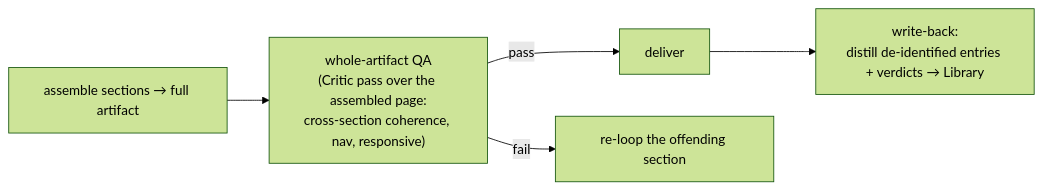
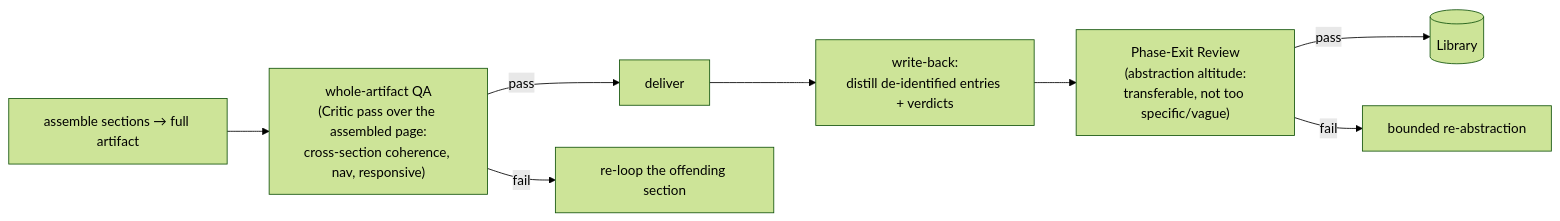
The fifth of 6 diagrams in autonomous-design-engine/spec/06-workflows.md (dev8xofficial/TroopHunter), drawn with Mermaid (forest theme) before and after one commit. The commit also changed other lines of this file and 8 other files, not shown here.

First line of the commit message:
Enhance Phase-Exit Review Process Across Artifacts

````diff
--- a/autonomous-design-engine/spec/06-workflows.md
+++ b/autonomous-design-engine/spec/06-workflows.md
@@ -99,7 +106,10 @@
 ```mermaid
 flowchart LR
     A["assemble sections → full artifact"] --> Q["whole-artifact QA<br/>(Critic pass over the assembled page:<br/>cross-section coherence, nav, responsive)"]
     Q -->|pass| D["deliver"]
     Q -->|fail| FIX["re-loop the offending section"]
-    D --> WB["write-back:<br/>distill de-identified entries + verdicts → Library"]
+    D --> WB["write-back:<br/>distill de-identified entries + verdicts"]
+    WB --> PER["Phase-Exit Review<br/>(abstraction altitude:<br/>transferable, not too specific/vague)"]
+    PER -->|pass| LIB[("Library")]
+    PER -->|fail| REAB["bounded re-abstraction"]
 ```
````
